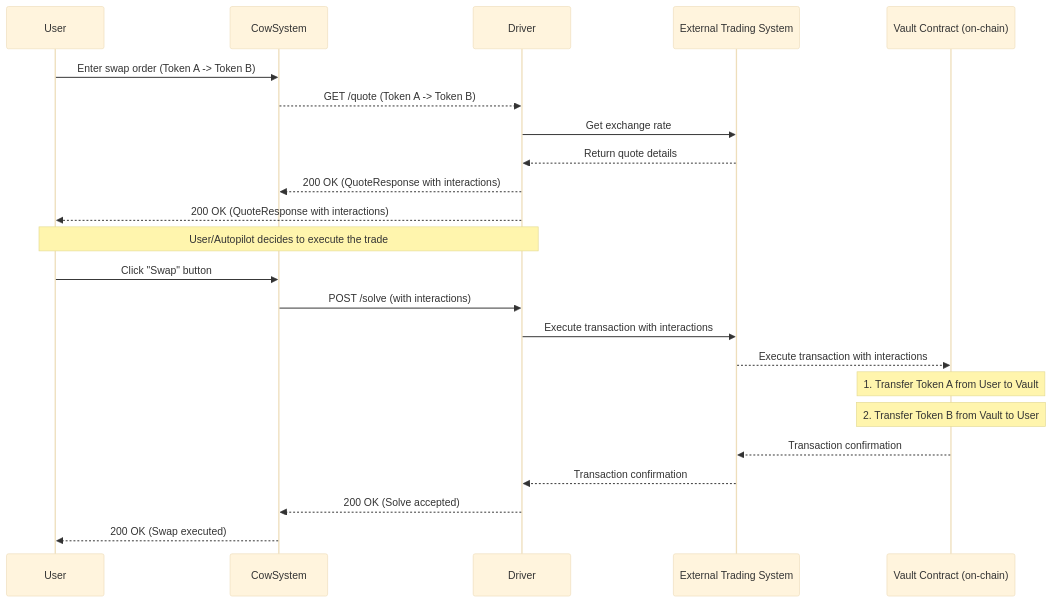
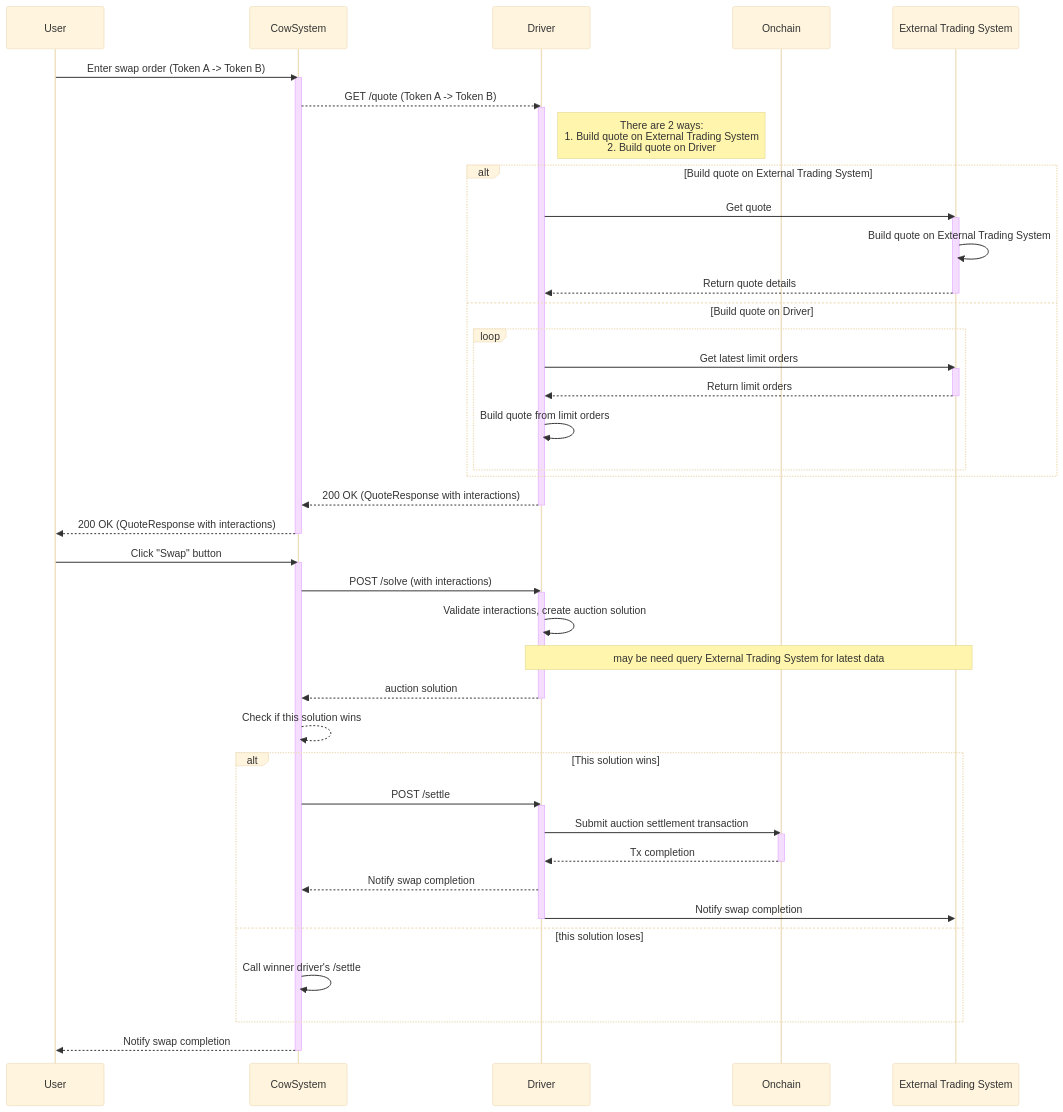
Before and after one commit to tentou-tech/services: the diagram in crates/driver-hyperliquid-template/intergrate-trading-system.md, drawn with Mermaid (base theme).

Commit message:
feat: update sequence diagram

````diff
--- a/crates/driver-hyperliquid-template/intergrate-trading-system.md
+++ b/crates/driver-hyperliquid-template/intergrate-trading-system.md
@@ -73,29 +73,60 @@
 ```mermaid
 sequenceDiagram
     participant User
     participant CowSystem
     participant Driver
+    participant Onchain
     participant TradingSystem as External Trading System
-    participant VaultContract as Vault Contract (on-chain)
 
     User->>CowSystem: Enter swap order (Token A -> Token B)
+    activate CowSystem
     CowSystem-->>Driver: GET /quote (Token A -> Token B) 
-
-    Driver->>TradingSystem: Get exchange rate
-    TradingSystem-->>Driver: Return quote details
+    activate Driver
+    Note right of Driver: There are 2 ways:<br> 1. Build quote on External Trading System<br>2. Build quote on Driver
+    alt Build quote on External Trading System
+      Driver->>TradingSystem: Get quote
+      activate TradingSystem
+      TradingSystem->>TradingSystem: Build quote on External Trading System
+      TradingSystem-->>Driver: Return quote details
+      deactivate TradingSystem
+    else Build quote on Driver
+      loop
+        Driver->>TradingSystem: Get latest limit orders
+        activate TradingSystem
+        TradingSystem-->>Driver: Return limit orders
+        deactivate TradingSystem
+        Driver->>Driver: Build quote from limit orders
+      end 
+    end
     Driver-->>CowSystem: 200 OK (QuoteResponse with interactions)
-    Driver-->>User: 200 OK (QuoteResponse with interactions)
-
-    Note over User, Driver: User/Autopilot decides to execute the trade
+    deactivate Driver
+    CowSystem-->>User: 200 OK (QuoteResponse with interactions)
+    deactivate CowSystem
 
     User->>CowSystem: Click "Swap" button 
+    activate CowSystem
+    
     CowSystem->>Driver: POST /solve (with interactions)
-    Driver->>TradingSystem: Execute transaction with interactions
-    TradingSystem-->>VaultContract: Execute transaction with interactions
-    Note over VaultContract: 1. Transfer Token A from User to Vault
-    Note over VaultContract: 2. Transfer Token B from Vault to User
-    VaultContract-->>TradingSystem: Transaction confirmation
-    TradingSystem-->>Driver: Transaction confirmation
-    Driver-->>CowSystem: 200 OK (Solve accepted)
-    CowSystem-->>User: 200 OK (Swap executed)
+    activate Driver
+    Driver->>Driver: Validate interactions, create auction solution
+    Note over Driver, TradingSystem: may be need query External Trading System for latest data
+    Driver-->>CowSystem: auction solution
+    deactivate Driver
+    CowSystem-->>CowSystem: Check if this solution wins
+    alt This solution wins
+      CowSystem->>Driver: POST /settle
+      activate Driver
+      Driver->>Onchain: Submit auction settlement transaction
+      activate Onchain
+      Onchain-->>Driver: Tx completion
+      deactivate Onchain
+      Driver-->>CowSystem: Notify swap completion
+      Driver->>TradingSystem: Notify swap completion
+      deactivate Driver
+    else this solution loses
+      CowSystem->>CowSystem: Call winner driver's /settle 
+    end
+    
+    CowSystem-->>User: Notify swap completion
+    deactivate CowSystem
 ```
````
